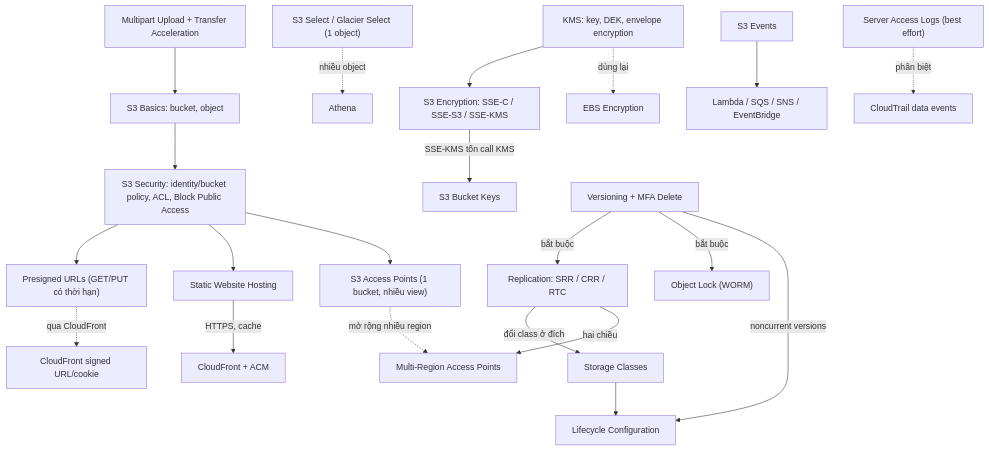
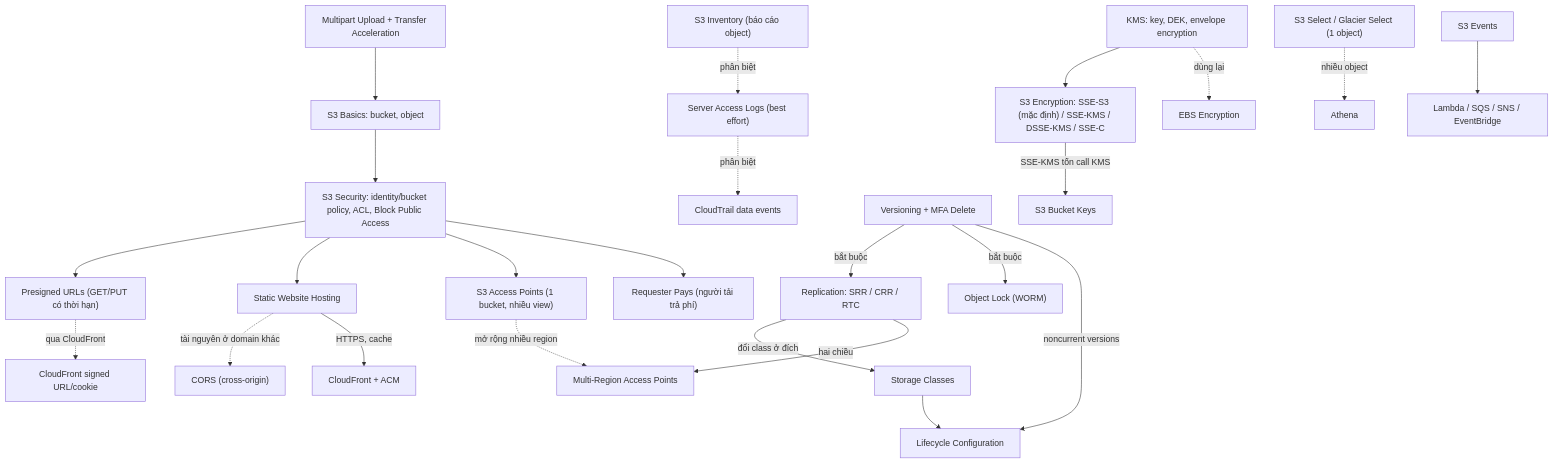
One commit to hairbui76/aws-saa-c03 changed the diagram in data/05 S3/_MOC 05 S3.md. Above: the diagram before and after it, drawn with Mermaid. The commit also changed other lines of this file and 68 other files, not shown here.

````diff
--- a/data/05 S3/_MOC 05 S3.md
+++ b/data/05 S3/_MOC 05 S3.md
@@ -31,23 +34,26 @@
 ```mermaid
 flowchart TB
   S3B["S3 Basics: bucket, object"] --> SEC["S3 Security: identity/bucket policy, ACL, Block Public Access"]
   SEC --> PRE["Presigned URLs (GET/PUT có thời hạn)"]
   SEC --> WEB["Static Website Hosting"]
   SEC --> AP["S3 Access Points (1 bucket, nhiều view)"]
   AP -.->|"mở rộng nhiều region"| MRAP["Multi-Region Access Points"]
-  KMS["KMS: key, DEK, envelope encryption"] --> ENC["S3 Encryption: SSE-C / SSE-S3 / SSE-KMS"]
+  WEB -.->|"tài nguyên ở domain khác"| CORS["CORS (cross-origin)"]
+  SEC --> RP["Requester Pays (người tải trả phí)"]
+  INV["S3 Inventory (báo cáo object)"] -.->|"phân biệt"| LOG
+  KMS["KMS: key, DEK, envelope encryption"] --> ENC["S3 Encryption: SSE-S3 (mặc định) / SSE-KMS / DSSE-KMS / SSE-C"]
   ENC -->|"SSE-KMS tốn call KMS"| BK["S3 Bucket Keys"]
   VER["Versioning + MFA Delete"] -->|"bắt buộc"| REP["Replication: SRR / CRR / RTC"]
   VER -->|"bắt buộc"| OL["Object Lock (WORM)"]
   VER -->|"noncurrent versions"| LC["Lifecycle Configuration"]
   SC["Storage Classes"] --> LC
   REP -->|"đổi class ở đích"| SC
   REP -->|"hai chiều"| MRAP
   PERF["Multipart Upload + Transfer Acceleration"] --> S3B
   SEL["S3 Select / Glacier Select (1 object)"] -.->|"nhiều object"| ATH["Athena"]
   EV["S3 Events"] --> TGT["Lambda / SQS / SNS / EventBridge"]
   LOG["Server Access Logs (best effort)"] -.->|"phân biệt"| CT["CloudTrail data events"]
   WEB -->|"HTTPS, cache"| CF["CloudFront + ACM"]
   PRE -.->|"qua CloudFront"| CFS["CloudFront signed URL/cookie"]
   KMS -.->|"dùng lại"| EBSE["EBS Encryption"]
 ```
````
